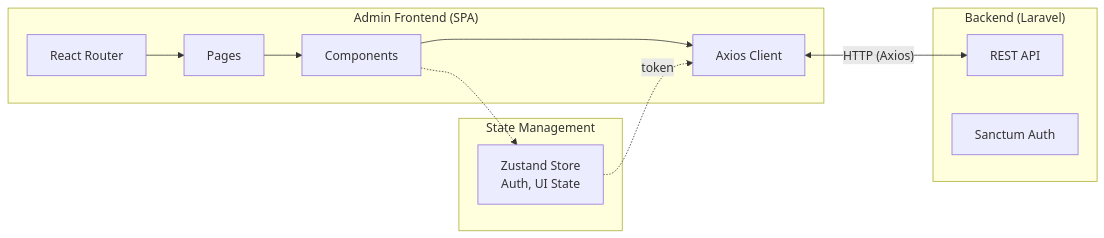
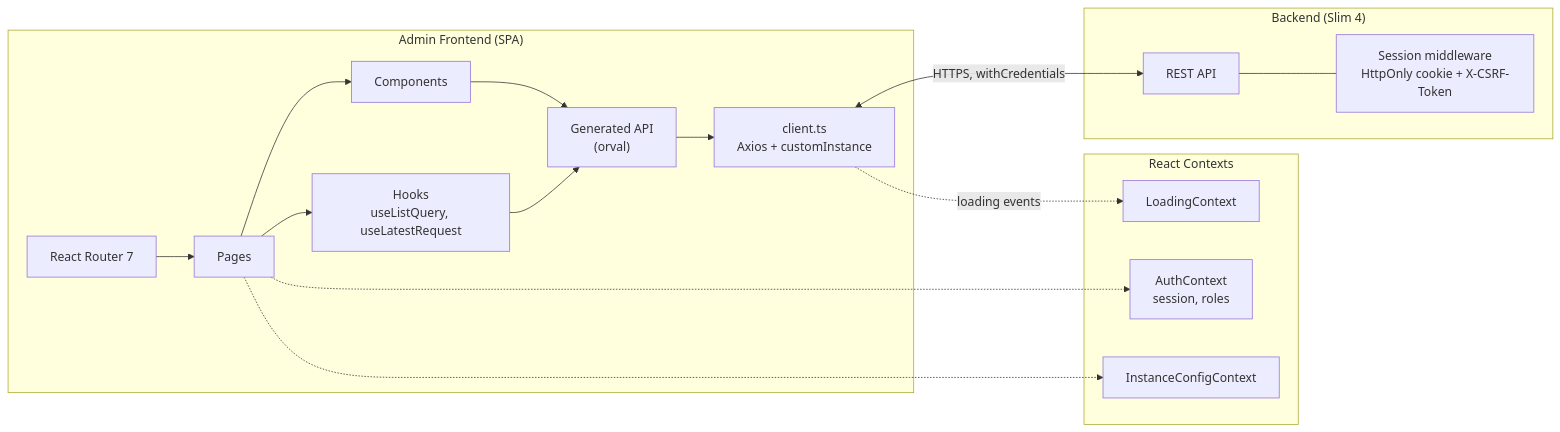
Before and after one commit to dgloeckner/clubbar: the first of 2 diagrams in admin-frontend/technologies.md, drawn with Mermaid. The commit also changed other lines of this file, not shown here.

````diff
--- a/admin-frontend/technologies.md
+++ b/admin-frontend/technologies.md
@@ -38,26 +64,35 @@
 ```mermaid
 flowchart LR
     subgraph Frontend["Admin Frontend (SPA)"]
-        Router[React Router]
+        Router[React Router 7]
         Pages[Pages]
         Components[Components]
-        Client[Axios Client]
+        Hooks["Hooks<br/>useListQuery, useLatestRequest"]
+        Generated["Generated API<br/>(orval)"]
+        Client["client.ts<br/>Axios + customInstance"]
 
         Router --> Pages
         Pages --> Components
-        Components --> Client
+        Pages --> Hooks
+        Hooks --> Generated
+        Components --> Generated
+        Generated --> Client
     end
 
-    subgraph State["State Management"]
-        ZS[Zustand Store<br/>Auth, UI State]
+    subgraph Contexts["React Contexts"]
+        Auth["AuthContext<br/>session, roles"]
+        Loading["LoadingContext"]
+        Config["InstanceConfigContext"]
     end
 
-    subgraph Backend["Backend (Laravel)"]
+    subgraph Backend["Backend (Slim 4)"]
         API[REST API]
-        Sanctum[Sanctum Auth]
+        Session["Session middleware<br/>HttpOnly cookie + X-CSRF-Token"]
     end
 
-    Client <-->|"HTTP (Axios)"| API
-    Components -.-> ZS
-    ZS -.->|token| Client
+    Client <-->|"HTTPS, withCredentials"| API
+    API --- Session
+    Pages -.-> Auth
+    Client -.->|loading events| Loading
+    Pages -.-> Config
 ```
````
